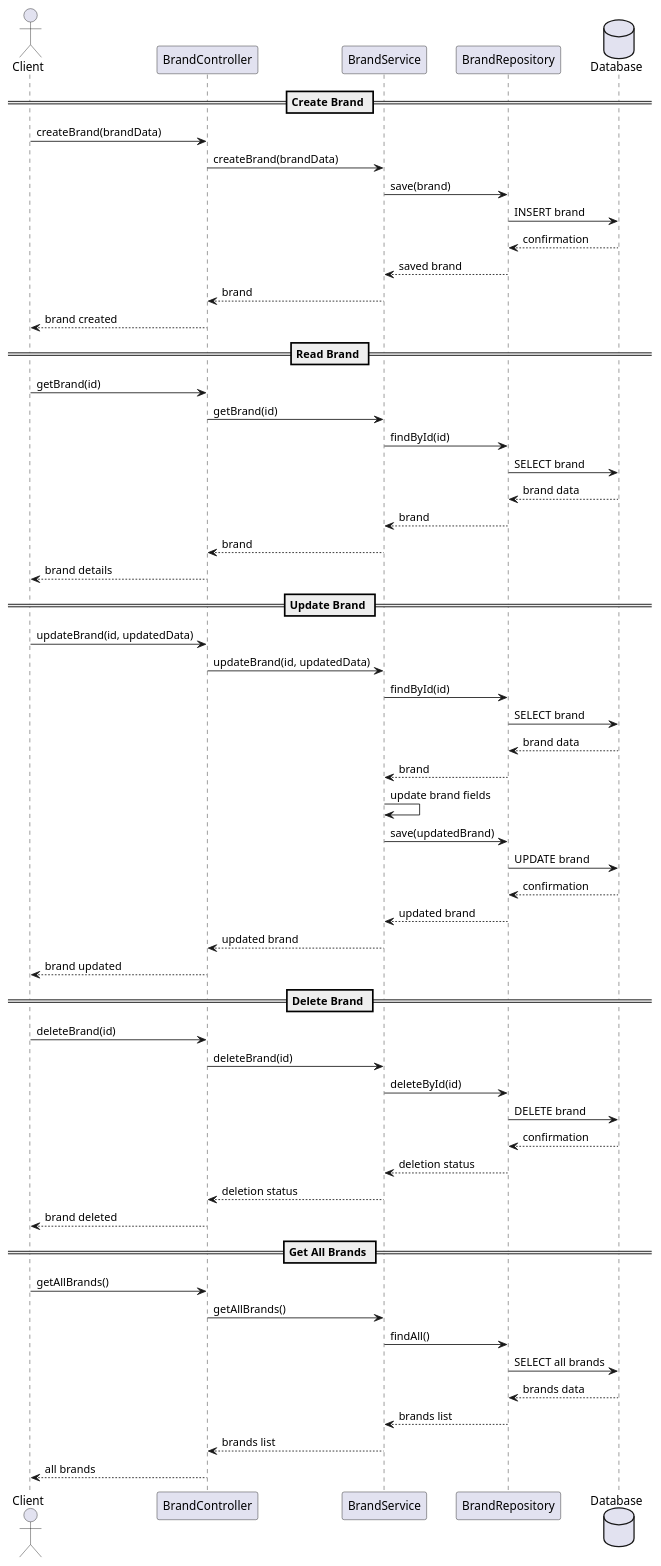
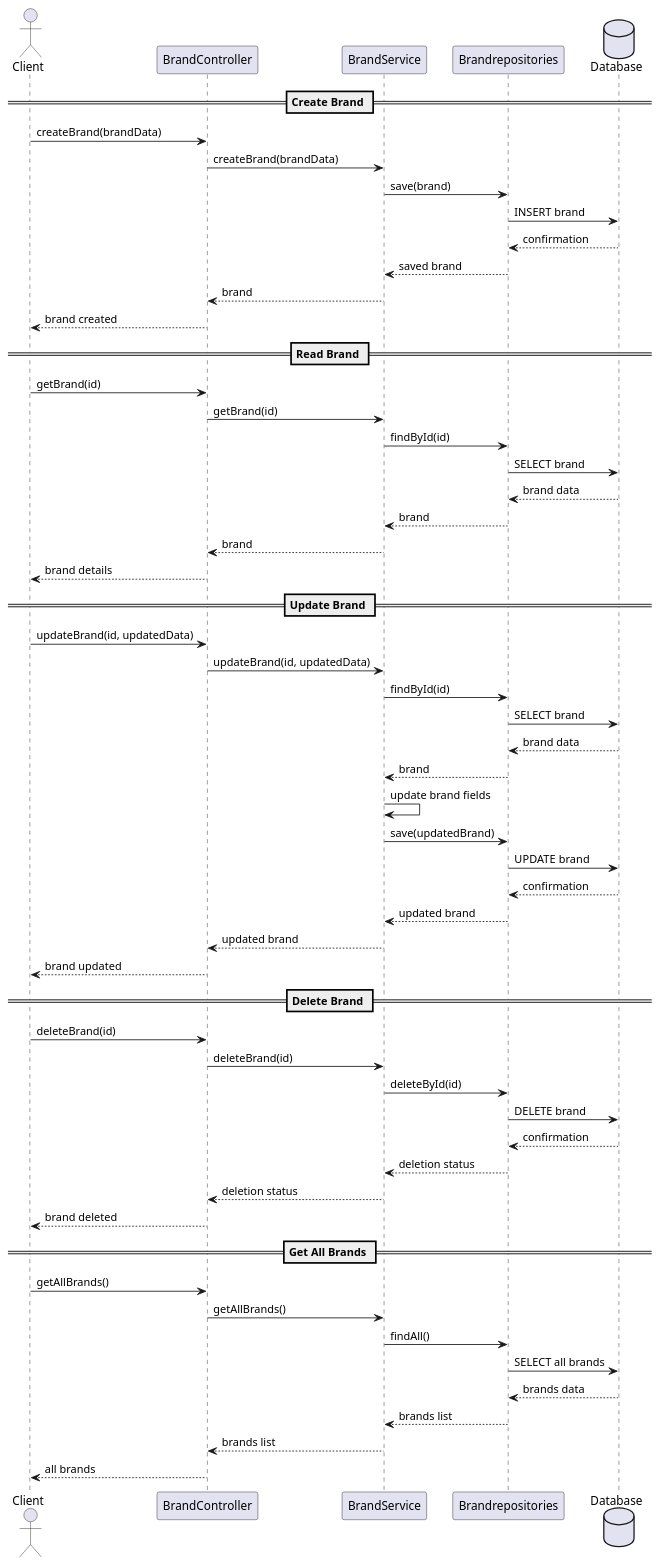
One commit to ElielMato/gestion_system changed the diagram in docs/brand_sequence_diagram.puml. Above: the diagram before and after it, drawn with PlantUML. The commit also changed 4 other files, not shown here.

```diff
--- a/docs/brand_sequence_diagram.puml
+++ b/docs/brand_sequence_diagram.puml
@@ -1,64 +1,64 @@
 @startuml Brand Sequence Diagram
 
 actor Client
 participant "BrandController" as Controller
 participant "BrandService" as Service
-participant "BrandRepository" as Repository
+participant "Brandrepositories" as repositories
 database "Database" as DB
 
 == Create Brand ==
 Client -> Controller : createBrand(brandData)
 Controller -> Service : createBrand(brandData)
-Service -> Repository : save(brand)
-Repository -> DB : INSERT brand
-DB --> Repository : confirmation
-Repository --> Service : saved brand
+Service -> repositories : save(brand)
+repositories -> DB : INSERT brand
+DB --> repositories : confirmation
+repositories --> Service : saved brand
 Service --> Controller : brand
 Controller --> Client : brand created
 
 == Read Brand ==
 Client -> Controller : getBrand(id)
 Controller -> Service : getBrand(id)
-Service -> Repository : findById(id)
-Repository -> DB : SELECT brand
-DB --> Repository : brand data
-Repository --> Service : brand
+Service -> repositories : findById(id)
+repositories -> DB : SELECT brand
+DB --> repositories : brand data
+repositories --> Service : brand
 Service --> Controller : brand
 Controller --> Client : brand details
 
 == Update Brand ==
 Client -> Controller : updateBrand(id, updatedData)
 Controller -> Service : updateBrand(id, updatedData)
-Service -> Repository : findById(id)
-Repository -> DB : SELECT brand
-DB --> Repository : brand data
-Repository --> Service : brand
+Service -> repositories : findById(id)
+repositories -> DB : SELECT brand
+DB --> repositories : brand data
+repositories --> Service : brand
 Service -> Service : update brand fields
-Service -> Repository : save(updatedBrand)
-Repository -> DB : UPDATE brand
-DB --> Repository : confirmation
-Repository --> Service : updated brand
+Service -> repositories : save(updatedBrand)
+repositories -> DB : UPDATE brand
+DB --> repositories : confirmation
+repositories --> Service : updated brand
 Service --> Controller : updated brand
 Controller --> Client : brand updated
 
 == Delete Brand ==
 Client -> Controller : deleteBrand(id)
 Controller -> Service : deleteBrand(id)
-Service -> Repository : deleteById(id)
-Repository -> DB : DELETE brand
-DB --> Repository : confirmation
-Repository --> Service : deletion status
+Service -> repositories : deleteById(id)
+repositories -> DB : DELETE brand
+DB --> repositories : confirmation
+repositories --> Service : deletion status
 Service --> Controller : deletion status
 Controller --> Client : brand deleted
 
 == Get All Brands ==
 Client -> Controller : getAllBrands()
 Controller -> Service : getAllBrands()
-Service -> Repository : findAll()
-Repository -> DB : SELECT all brands
-DB --> Repository : brands data
-Repository --> Service : brands list
+Service -> repositories : findAll()
+repositories -> DB : SELECT all brands
+DB --> repositories : brands data
+repositories --> Service : brands list
 Service --> Controller : brands list
 Controller --> Client : all brands
 
 @enduml
```
